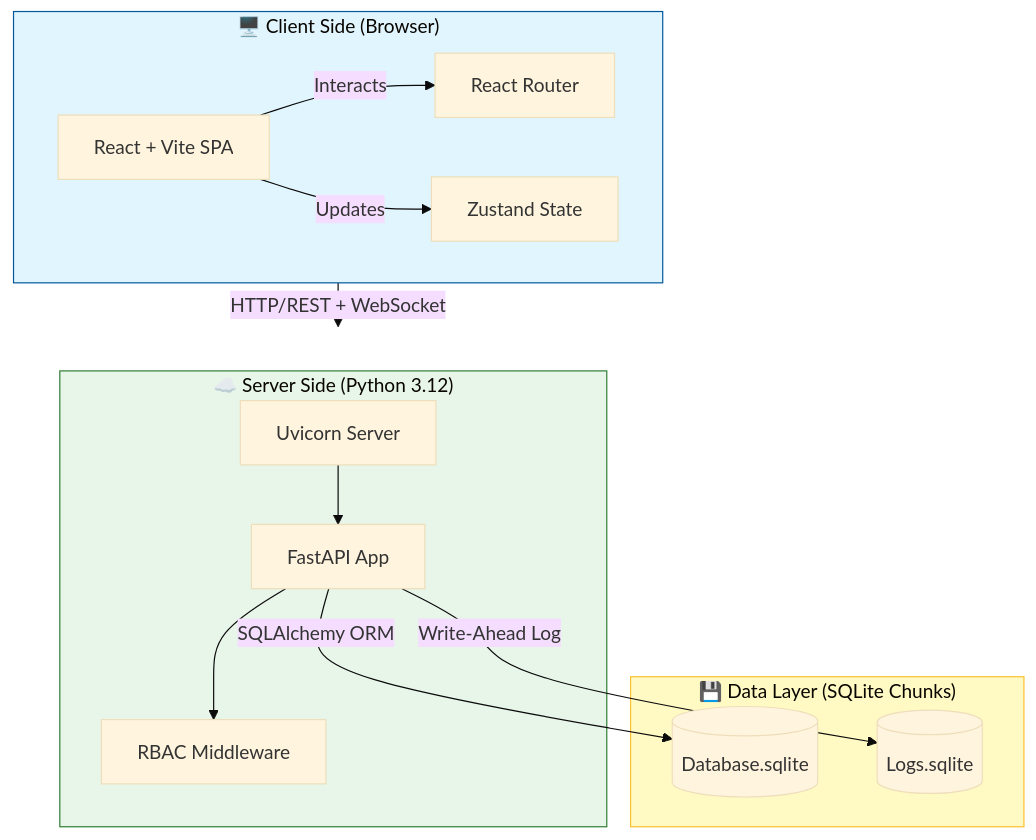
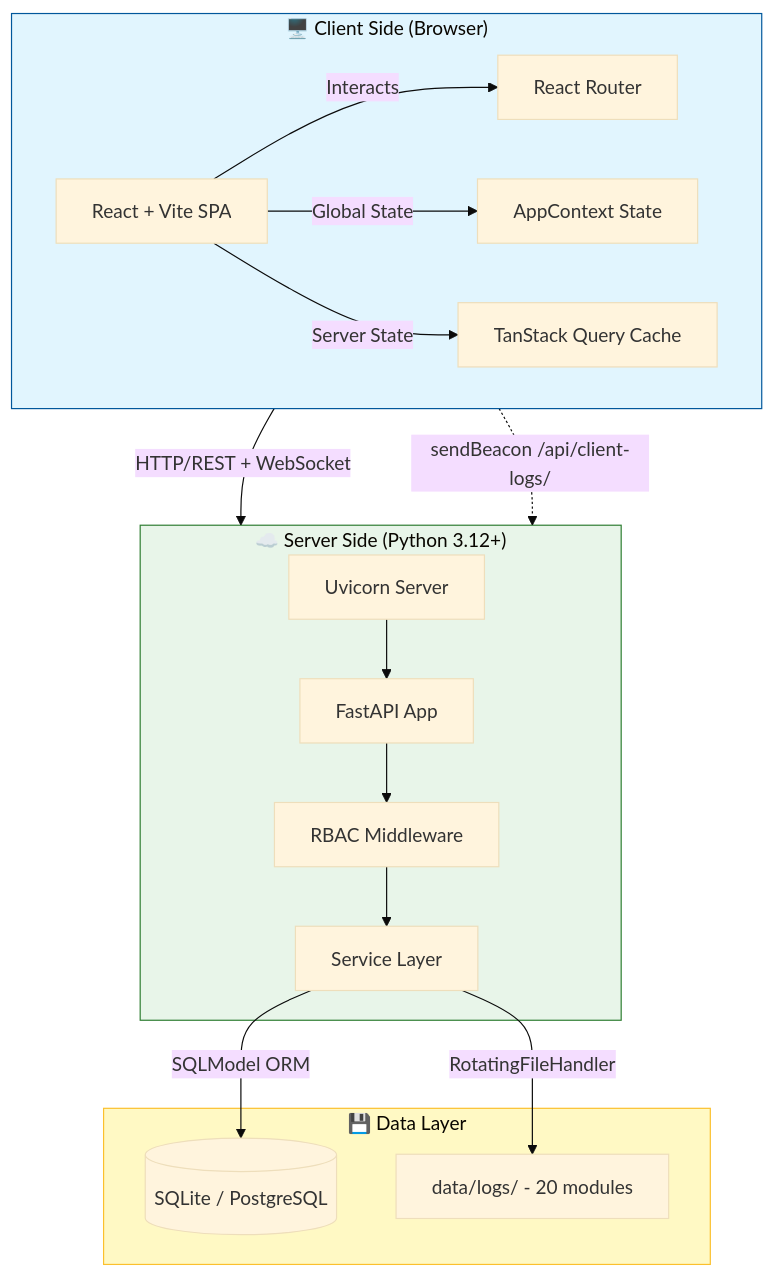
Before and after one commit to ancrz/ecommerce-playground: the first of 2 diagrams in README.md, drawn with Mermaid (base theme). The commit also changed other lines of this file and 1 other file, not shown here.

````diff
--- a/README.md
+++ b/README.md
@@ -120,33 +119,38 @@
 ```mermaid
 graph TD
     subgraph Client_Side ["🖥️ Client Side (Browser)"]
         UI[React + Vite SPA]
-        Store[Zustand State]
+        CTX[AppContext State]
+        RQ[TanStack Query Cache]
         Router[React Router]
 
         UI -->|Interacts| Router
-        UI -->|Updates| Store
+        UI -->|Global State| CTX
+        UI -->|Server State| RQ
     end
 
-    subgraph Server_Side ["☁️ Server Side (Python 3.12)"]
+    subgraph Server_Side ["☁️ Server Side (Python 3.12+)"]
         LB[Uvicorn Server]
         API[FastAPI App]
         Auth[RBAC Middleware]
+        SVC[Service Layer]
 
         LB --> API
         API --> Auth
+        Auth --> SVC
     end
 
-    subgraph Data_Layer ["💾 Data Layer (SQLite Chunks)"]
-        DB_Main[(Database.sqlite)]
-        DB_Logs[(Logs.sqlite)]
+    subgraph Data_Layer ["💾 Data Layer"]
+        DB_Main[(SQLite / PostgreSQL)]
+        Logs[data/logs/ - 20 modules]
 
-        API -->|SQLAlchemy ORM| DB_Main
-        API -->|Write-Ahead Log| DB_Logs
+        SVC -->|SQLModel ORM| DB_Main
+        SVC -->|RotatingFileHandler| Logs
     end
 
     Client_Side -->|HTTP/REST + WebSocket| Server_Side
+    Client_Side -.->|sendBeacon /api/client-logs/| Server_Side
     style Client_Side fill:#e1f5fe,stroke:#01579b
     style Server_Side fill:#e8f5e9,stroke:#2e7d32
     style Data_Layer fill:#fff9c4,stroke:#fbc02d
 ```
````
